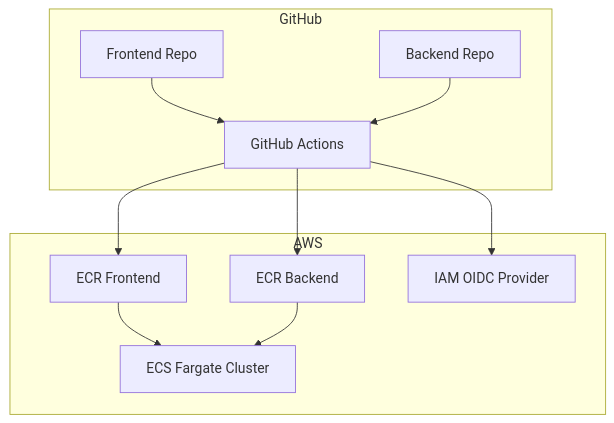
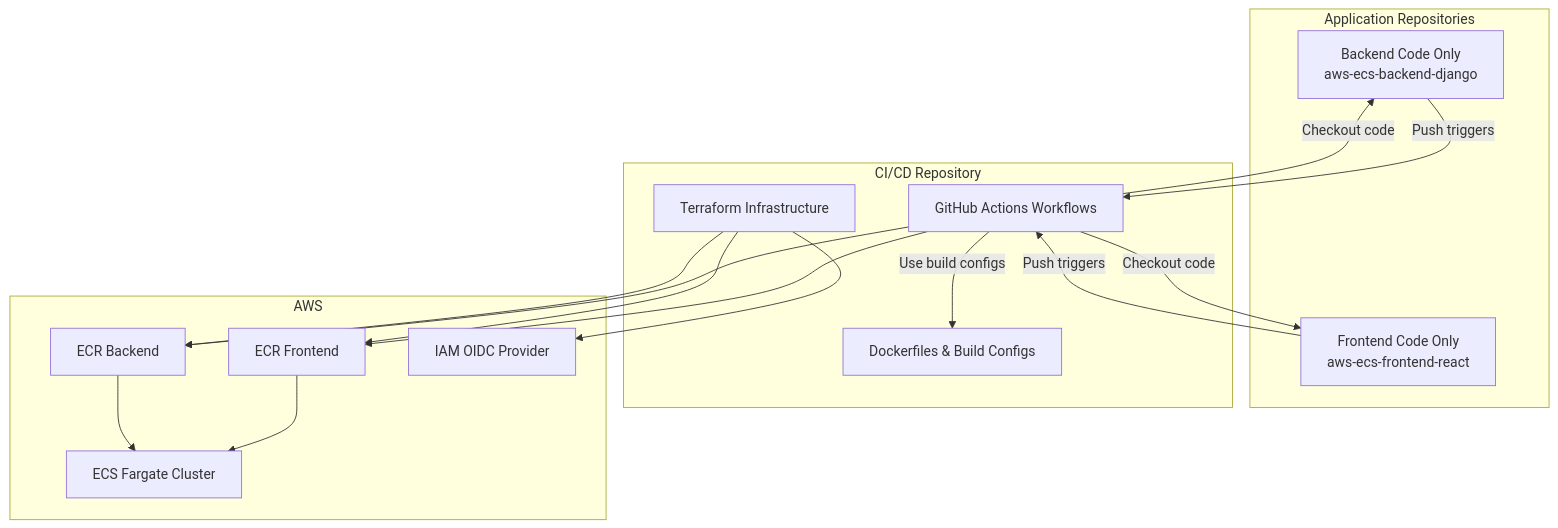
The diagram in README.md (sabiut/aws-ecs-cicd-pipeline), drawn with Mermaid before and after one commit. The commit also changed other lines of this file and 8 other files, not shown here.

First line of the commit message:
Restructure CI/CD architecture for centralized build management

````diff
--- a/README.md
+++ b/README.md
@@ -7,23 +7,33 @@
 ```mermaid
 graph TD
-    subgraph GitHub
-        GH_FE[Frontend Repo]
-        GH_BE[Backend Repo]
-        GH_Actions[GitHub Actions]
+    subgraph "Application Repositories"
+        BE_REPO[Backend Code Only<br/>aws-ecs-backend-django]
+        FE_REPO[Frontend Code Only<br/>aws-ecs-frontend-react]
     end
 
-    subgraph AWS
+    subgraph "CI/CD Repository"
+        WORKFLOWS[GitHub Actions Workflows]
+        DOCKERFILES[Dockerfiles & Build Configs]
+        TERRAFORM[Terraform Infrastructure]
+    end
+
+    subgraph "AWS"
         ECR_FE[ECR Frontend]
         ECR_BE[ECR Backend]
         ECS[ECS Fargate Cluster]
         IAM[IAM OIDC Provider]
     end
 
-    GH_FE --> GH_Actions
-    GH_BE --> GH_Actions
-    GH_Actions --> IAM
-    GH_Actions --> ECR_FE
-    GH_Actions --> ECR_BE
+    BE_REPO -->|Push triggers| WORKFLOWS
+    FE_REPO -->|Push triggers| WORKFLOWS
+    WORKFLOWS -->|Checkout code| BE_REPO
+    WORKFLOWS -->|Checkout code| FE_REPO
+    WORKFLOWS -->|Use build configs| DOCKERFILES
+    WORKFLOWS --> ECR_FE
+    WORKFLOWS --> ECR_BE
     ECR_FE --> ECS
     ECR_BE --> ECS
+    TERRAFORM --> IAM
+    TERRAFORM --> ECR_FE
+    TERRAFORM --> ECR_BE
 ```
````
